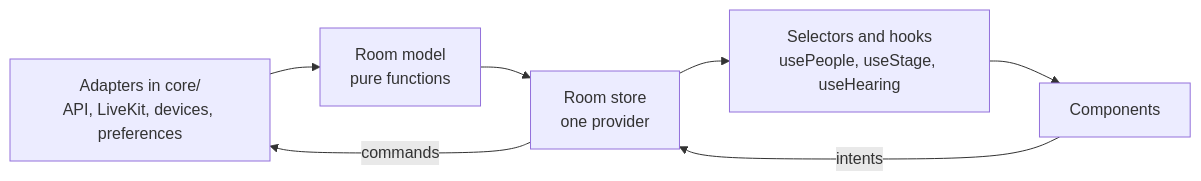
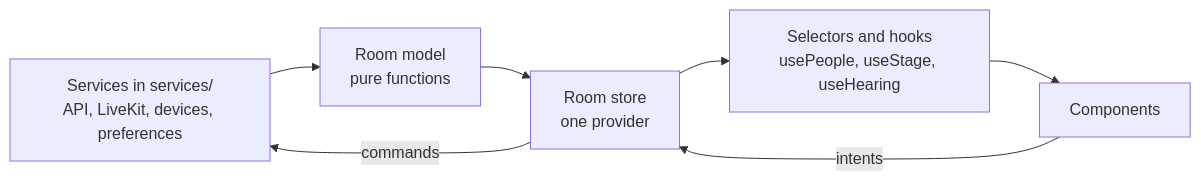
The fourth of 4 diagrams in docs/architecture.md (Hbrauveres/xove-web), drawn with Mermaid before and after one commit. The commit also changed other lines of this file and 390 other files, not shown here.

````diff
--- a/docs/architecture.md
+++ b/docs/architecture.md
@@ -262,9 +261,9 @@
 ```mermaid
 flowchart LR
-  AD[Adapters in core/<br/>API, LiveKit, devices, preferences] --> M[Room model<br/>pure functions]
+  AD[Services in services/<br/>API, LiveKit, devices, preferences] --> M[Room model<br/>pure functions]
   M --> ST[Room store<br/>one provider]
   ST --> SE[Selectors and hooks<br/>usePeople, useStage, useHearing]
   SE --> UI[Components]
   UI -->|intents| ST
   ST -->|commands| AD
 ```
````
